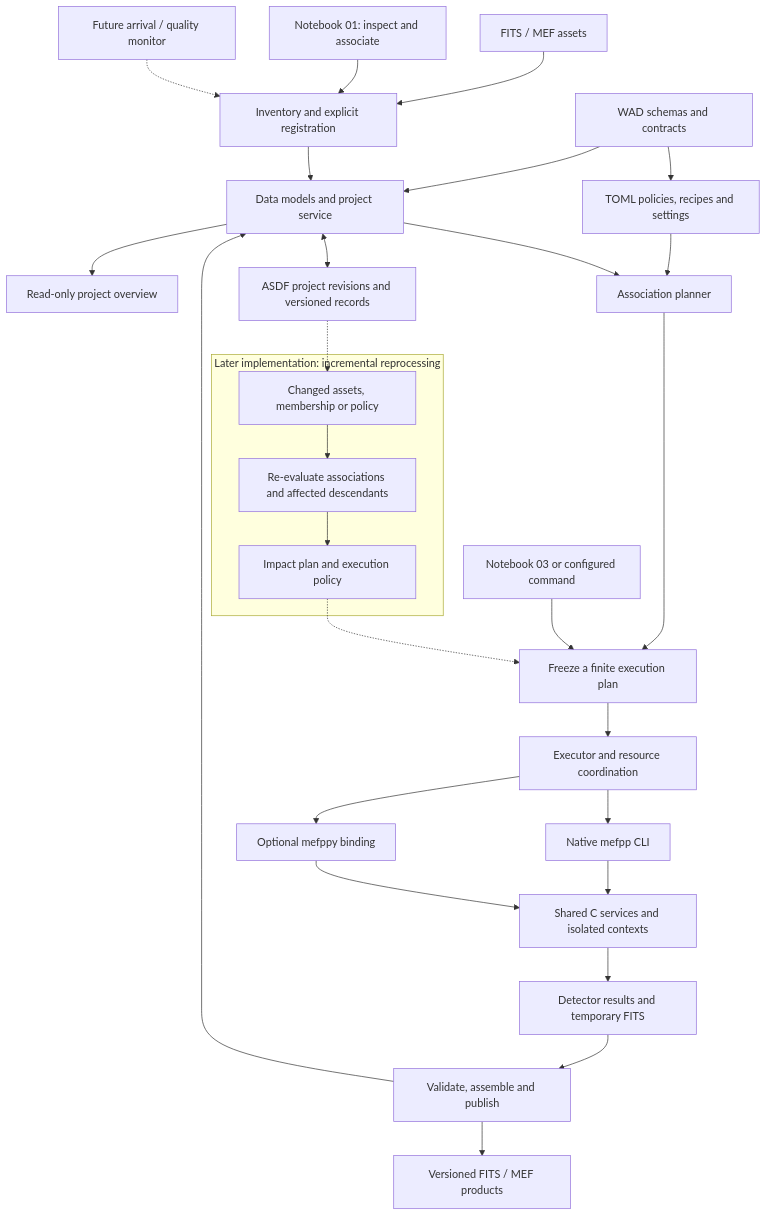
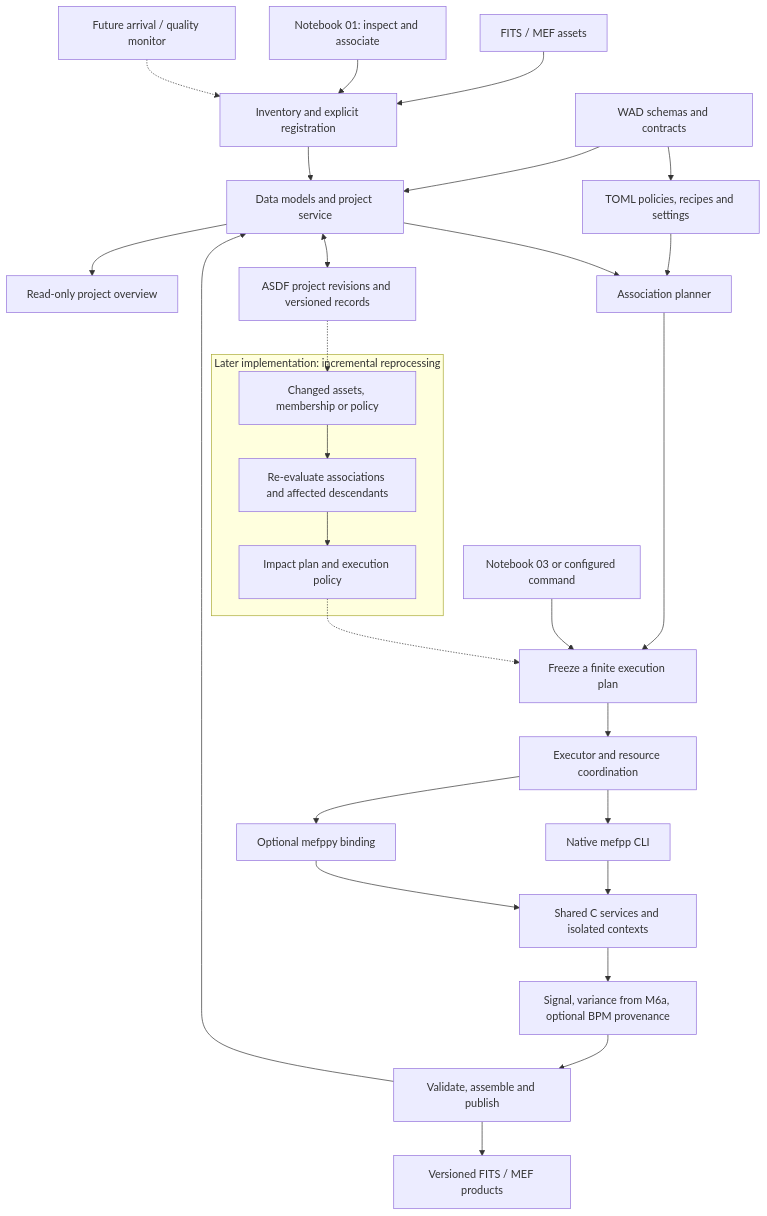
The diagram in docs/architecture/proposed/pycavi-mefpp.mmd (fselman/wenu-imaging), drawn with Mermaid before and after one commit. The commit also changed 10 other files, not shown here.

First line of the commit message:
docs: define optional input BPMs and required variance capability

```diff
--- a/docs/architecture/proposed/pycavi-mefpp.mmd
+++ b/docs/architecture/proposed/pycavi-mefpp.mmd
@@ -1,30 +1,30 @@
 flowchart TD
     WAD["WAD schemas and contracts"] --> MODEL["Data models and project service"]
     WAD --> TOML
     MODEL --> INSPECT["Read-only project overview"]
     RAW["FITS / MEF assets"] --> INGEST["Inventory and explicit registration"]
     NB01["Notebook 01: inspect and associate"] --> INGEST
     ARRIVAL["Future arrival / quality monitor"] -.-> INGEST
     INGEST --> MODEL
     MODEL <--> GRAPH["ASDF project revisions and versioned records"]
     TOML["TOML policies, recipes and settings"] --> ASSOC["Association planner"]
     MODEL --> ASSOC
     ASSOC --> PLAN["Freeze a finite execution plan"]
     MANUAL["Notebook 03 or configured command"] --> PLAN
 
     subgraph FUTURE["Later implementation: incremental reprocessing"]
         EVENT["Changed assets, membership or policy"] --> IMPACT["Re-evaluate associations and affected descendants"]
         IMPACT --> REVIEW["Impact plan and execution policy"]
     end
     GRAPH -.-> EVENT
     REVIEW -.-> PLAN
 
     PLAN --> EXEC["Executor and resource coordination"]
     EXEC --> CLI["Native mefpp CLI"]
     EXEC --> BIND["Optional mefppy binding"]
     CLI --> CORE["Shared C services and isolated contexts"]
     BIND --> CORE
-    CORE --> RESULT["Detector results and temporary FITS"]
+    CORE --> RESULT["Signal, variance from M6a, optional BPM provenance"]
     RESULT --> PUB["Validate, assemble and publish"]
     PUB --> FITS["Versioned FITS / MEF products"]
     PUB --> MODEL
```
